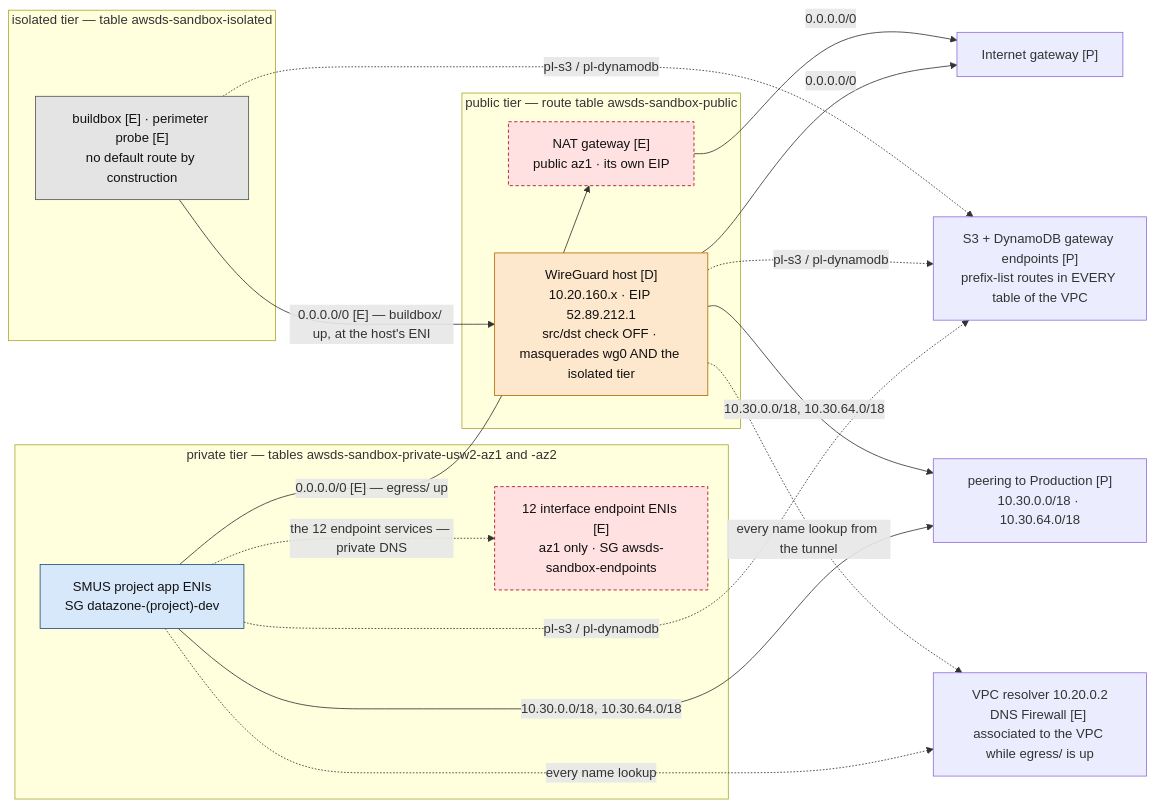
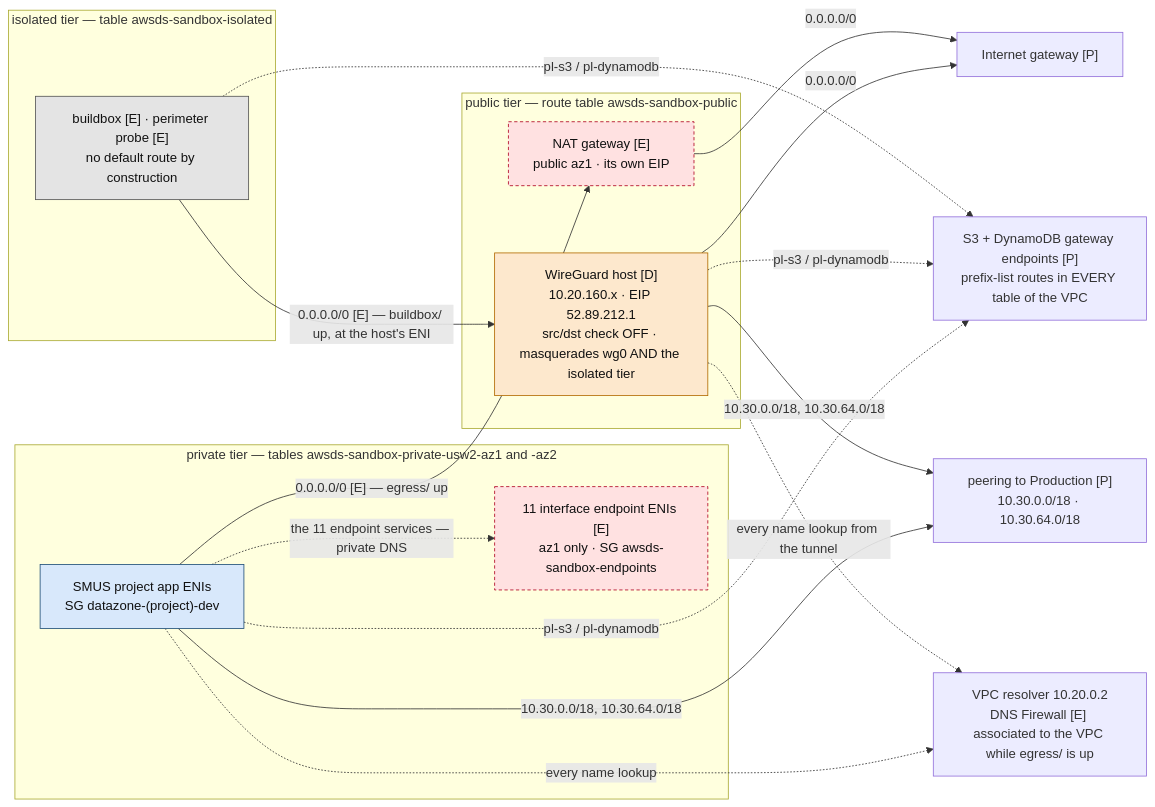
One commit to felipenoris/AWS-DataScience changed the second of 6 diagrams in docs/NETWORK.md. Above: the diagram before and after it, drawn with Mermaid. The commit also changed other lines of this file and 15 other files, not shown here.

````diff
--- a/docs/NETWORK.md
+++ b/docs/NETWORK.md
@@ -161,40 +161,40 @@
 ```mermaid
 flowchart LR
     subgraph PUBT["public tier — route table awsds-sandbox-public"]
         WG["WireGuard host [D]<br/>10.20.160.x · EIP 52.89.212.1<br/>src/dst check OFF · masquerades wg0 AND the isolated tier"]
         NAT["NAT gateway [E]<br/>public az1 · its own EIP"]
     end
     subgraph PRIVT["private tier — tables awsds-sandbox-private-usw2-az1 and -az2"]
         APP["SMUS project app ENIs<br/>SG datazone-(project)-dev"]
-        IFEP["12 interface endpoint ENIs [E]<br/>az1 only · SG awsds-sandbox-endpoints"]
+        IFEP["11 interface endpoint ENIs [E]<br/>az1 only · SG awsds-sandbox-endpoints"]
     end
     subgraph ISOT["isolated tier — table awsds-sandbox-isolated"]
         BB["buildbox [E] · perimeter probe [E]<br/>no default route by construction"]
     end
     IGW["Internet gateway [P]"]
     GW["S3 + DynamoDB gateway endpoints [P]<br/>prefix-list routes in EVERY table of the VPC"]
     PCX["peering to Production [P]<br/>10.30.0.0/18 · 10.30.64.0/18"]
     RES["VPC resolver 10.20.0.2<br/>DNS Firewall [E] associated to the VPC while egress/ is up"]
 
     WG -->|"0.0.0.0/0"| IGW
     NAT -->|"0.0.0.0/0"| IGW
     APP -->|"0.0.0.0/0 [E] — egress/ up"| NAT
     BB -->|"0.0.0.0/0 [E] — buildbox/ up, at the host's ENI"| WG
     APP -.->|"pl-s3 / pl-dynamodb"| GW
     WG -.->|"pl-s3 / pl-dynamodb"| GW
     BB -.->|"pl-s3 / pl-dynamodb"| GW
     APP -->|"10.30.0.0/18, 10.30.64.0/18"| PCX
     WG -->|"10.30.0.0/18, 10.30.64.0/18"| PCX
-    APP -.->|"the 12 endpoint services — private DNS"| IFEP
+    APP -.->|"the 11 endpoint services — private DNS"| IFEP
     APP -.->|"every name lookup"| RES
     WG -.->|"every name lookup from the tunnel"| RES
 
     classDef pub fill:#fde8cd,stroke:#b26a00,color:#111;
     classDef priv fill:#d8e8fb,stroke:#1f4e79,color:#111;
     classDef iso fill:#e4e4e4,stroke:#555555,color:#111;
     classDef eph fill:#ffe1e1,stroke:#b00020,color:#111,stroke-dasharray: 4 3;
     class WG pub;
     class APP priv;
     class BB iso;
     class NAT,IFEP eph;
 ```
````
